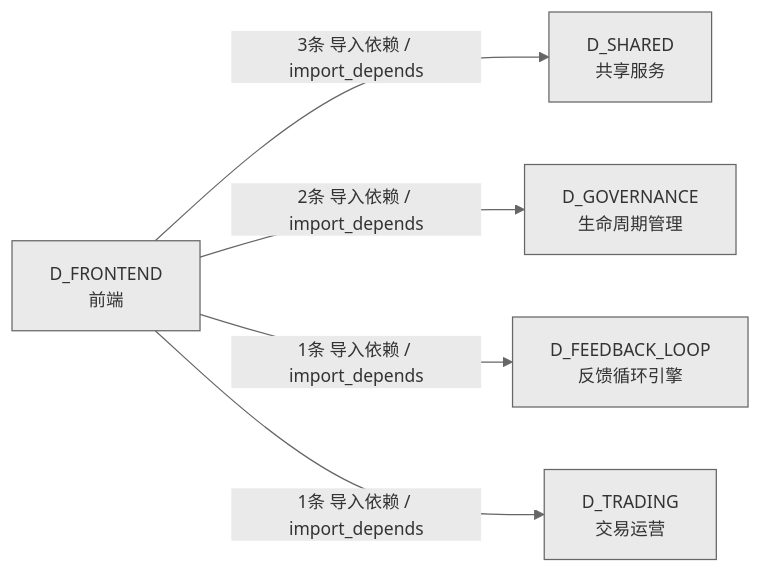
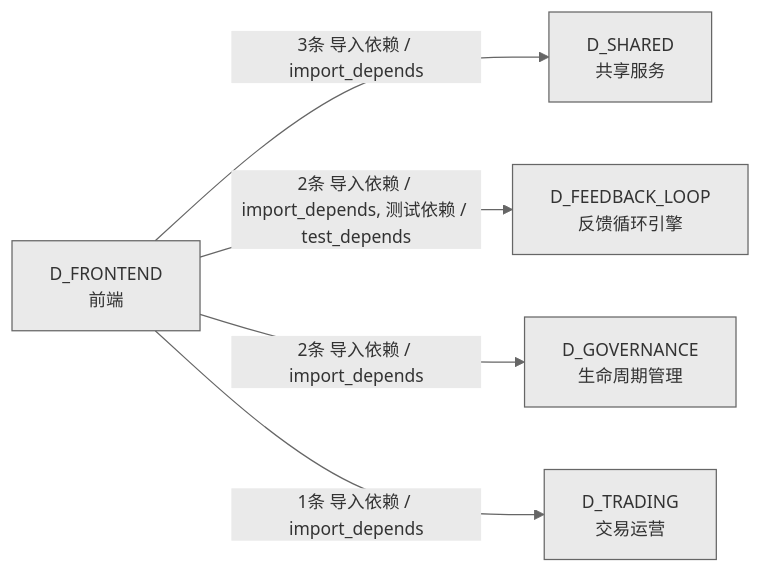
One commit to xuanFelixVan/ZephyrAlpha changed the fourth of 4 diagrams in docs/02_enterprise_architecture/02_domain_architecture_docs/47_d_frontend.md. Above: the diagram before and after it, drawn with Mermaid. The commit also changed other lines of this file and 69 other files, not shown here.

````diff
--- a/docs/02_enterprise_architecture/02_domain_architecture_docs/47_d_frontend.md
+++ b/docs/02_enterprise_architecture/02_domain_architecture_docs/47_d_frontend.md
@@ -249,13 +293,13 @@
 ```mermaid
 %%{init: {'theme': 'base', 'themeVariables': {'primaryColor': '#eaeaea', 'primaryTextColor': '#333333', 'primaryBorderColor': '#666666', 'lineColor': '#666666', 'secondaryColor': '#eaeaea', 'tertiaryColor': '#eaeaea', 'fontSize': '14px'}}}%%
 graph LR
     D_FRONTEND["D_FRONTEND<br/>前端"]
     D_SHARED["D_SHARED<br/>共享服务"]
+    D_FEEDBACK_LOOP["D_FEEDBACK_LOOP<br/>反馈循环引擎"]
     D_GOVERNANCE["D_GOVERNANCE<br/>生命周期管理"]
-    D_FEEDBACK_LOOP["D_FEEDBACK_LOOP<br/>反馈循环引擎"]
     D_TRADING["D_TRADING<br/>交易运营"]
     D_FRONTEND -->|3条 导入依赖 / import_depends| D_SHARED
+    D_FRONTEND -->|2条 导入依赖 / import_depends, 测试依赖 / test_depends| D_FEEDBACK_LOOP
     D_FRONTEND -->|2条 导入依赖 / import_depends| D_GOVERNANCE
-    D_FRONTEND -->|1条 导入依赖 / import_depends| D_FEEDBACK_LOOP
     D_FRONTEND -->|1条 导入依赖 / import_depends| D_TRADING
 ```
````
